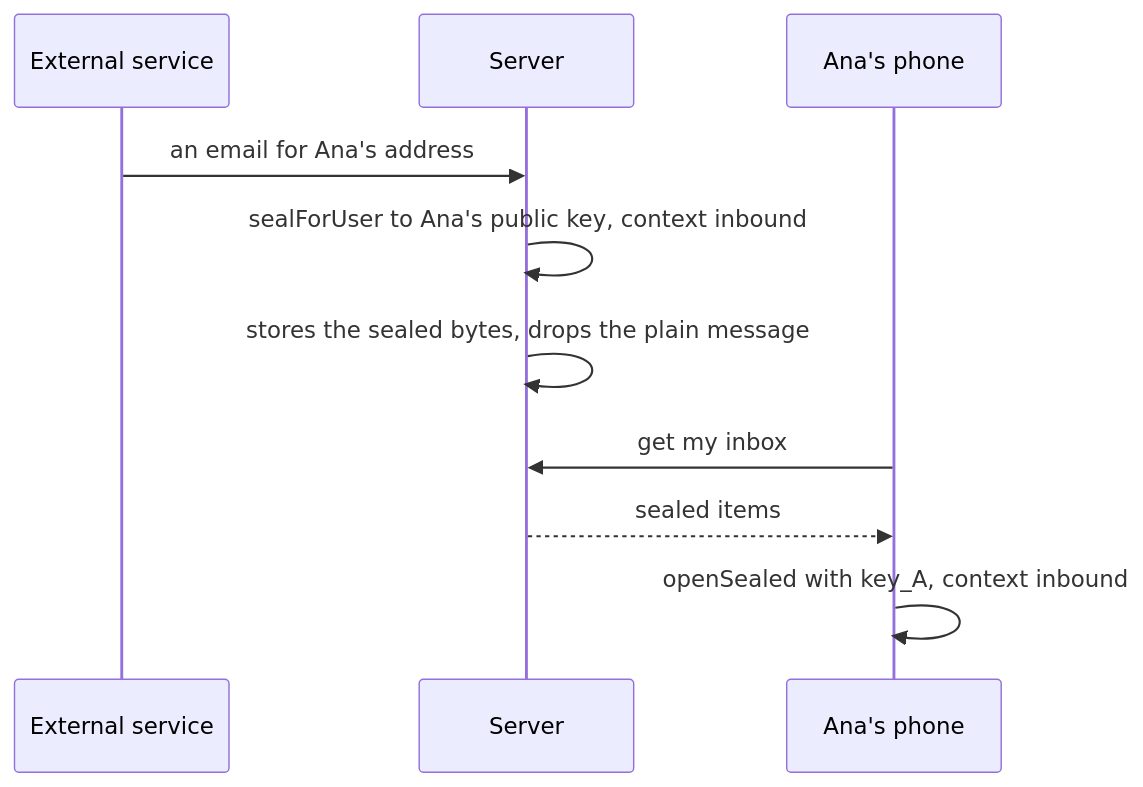
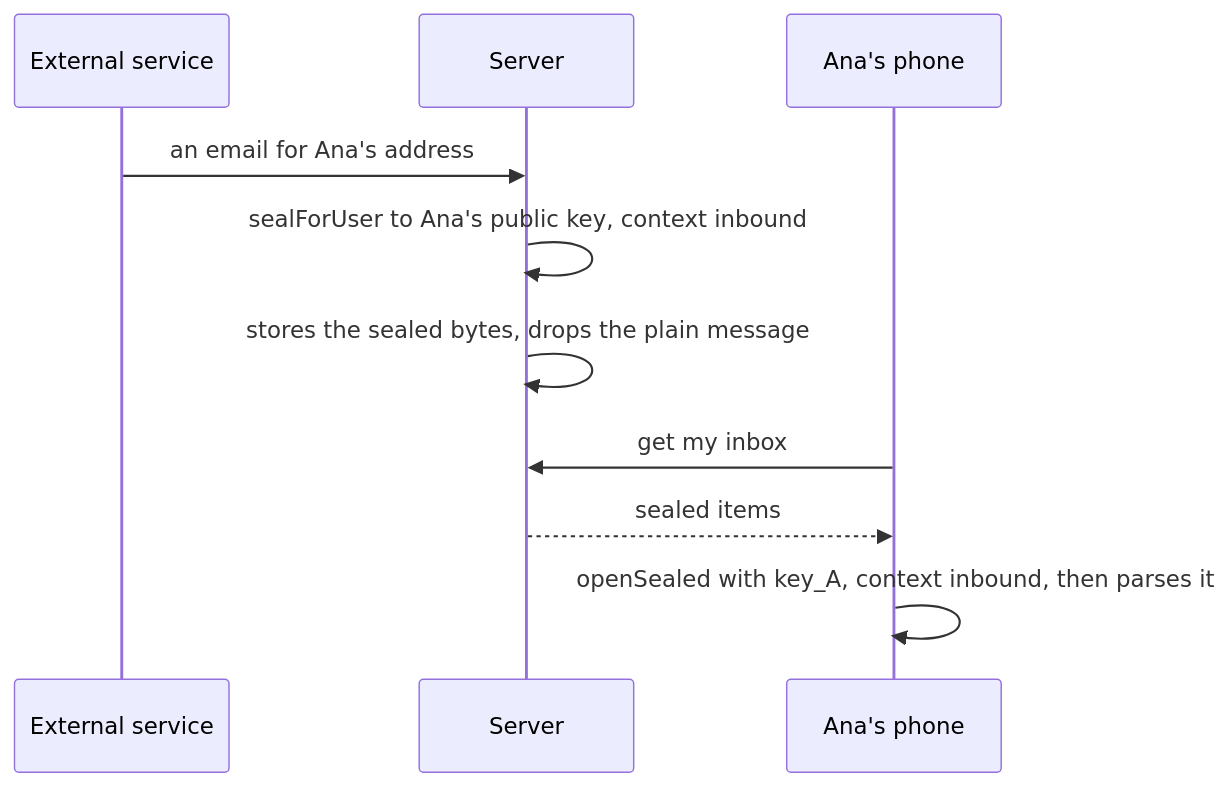
The diagram in example/09-sealed-ingest/README.md (ezpriv/crypto), drawn with Mermaid before and after one commit. The commit also changed other lines of this file and 3 other files, not shown here.

Commit message:
♻️ Seal the raw inbound email and parse it on the phone

````diff
--- a/example/09-sealed-ingest/README.md
+++ b/example/09-sealed-ingest/README.md
@@ -9,12 +9,12 @@
 ```mermaid
 sequenceDiagram
     participant Ext as External service
     participant Server
     participant Phone as Ana's phone
     Ext->>Server: an email for Ana's address
     Server->>Server: sealForUser to Ana's public key, context inbound
     Server->>Server: stores the sealed bytes, drops the plain message
     Phone->>Server: get my inbox
     Server-->>Phone: sealed items
-    Phone->>Phone: openSealed with key_A, context inbound
+    Phone->>Phone: openSealed with key_A, context inbound, then parses it
 ```
````
